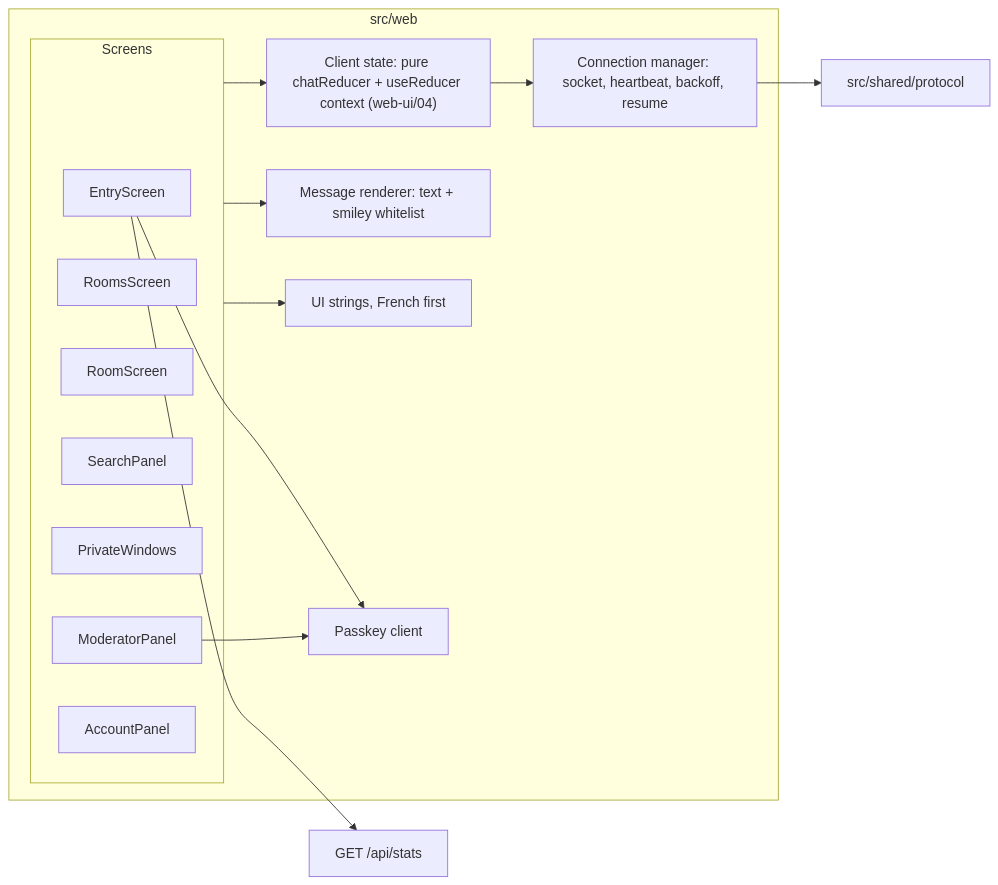
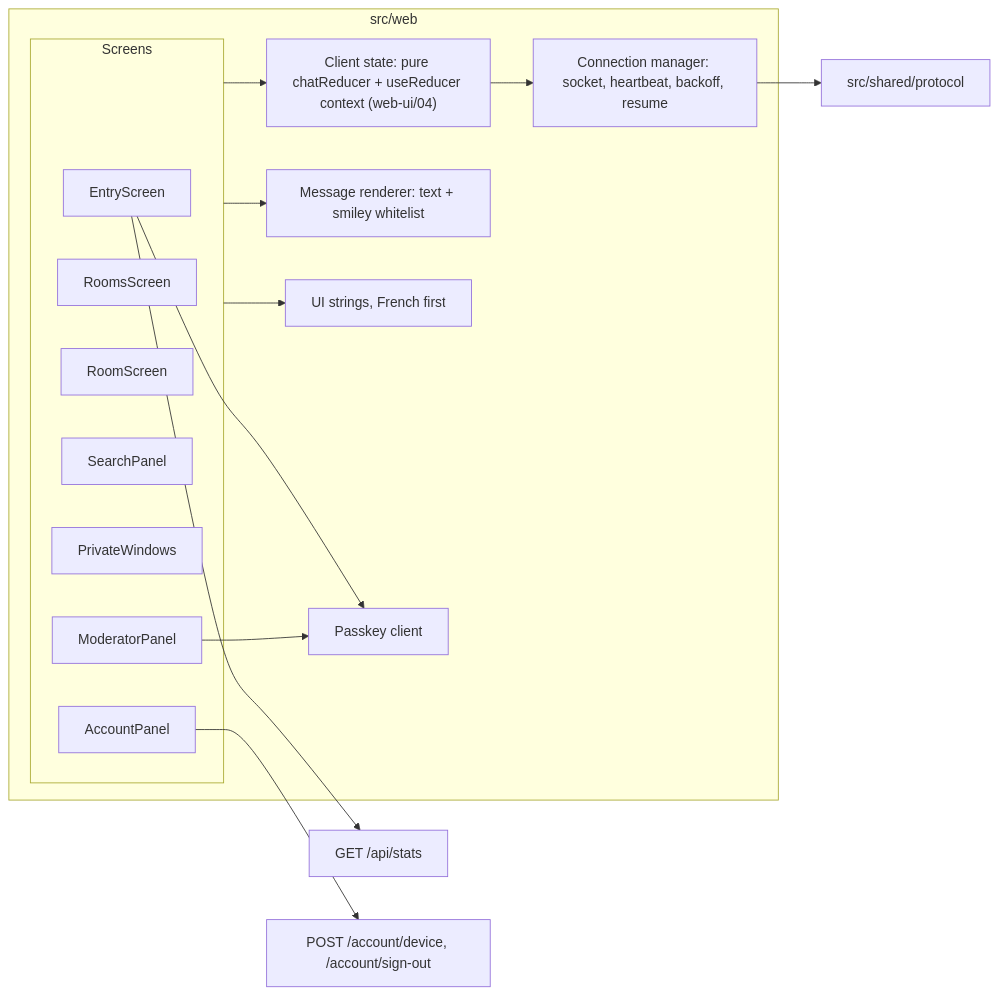
Before and after one commit to benoit-bremaud/asv: the diagram in docs/architecture/diagrams/web-ui/03-component.md, drawn with Mermaid. The commit also changed other lines of this file and 63 other files, not shown here.

First line of the commit message:
feat(accounts): brick 5 — e-mail code sign-in, device cookie, encryption at rest (#33)

````diff
--- a/docs/architecture/diagrams/web-ui/03-component.md
+++ b/docs/architecture/diagrams/web-ui/03-component.md
@@ -14,29 +14,30 @@
 ```mermaid
 flowchart LR
   subgraph Web ["src/web"]
     subgraph Screens ["Screens"]
       Entry["EntryScreen"]
       Rooms["RoomsScreen"]
       Room["RoomScreen"]
       Search["SearchPanel"]
       Windows["PrivateWindows"]
       Mod["ModeratorPanel"]
       Account["AccountPanel"]
     end
     Store["Client state: pure chatReducer + useReducer context (web-ui/04)"]
     Conn["Connection manager: socket, heartbeat, backoff, resume"]
     Render["Message renderer: text + smiley whitelist"]
     Strings["UI strings, French first"]
     Passkey["Passkey client"]
   end
   Shared["src/shared/protocol"]
   Stats["GET /api/stats"]
   Screens --> Store
   Screens --> Render
   Screens --> Strings
   Store --> Conn
   Conn --> Shared
   Entry --> Stats
+  Account --> AccountRoutes["POST /account/device, /account/sign-out"]
   Mod --> Passkey
   Entry --> Passkey
 ```
````
